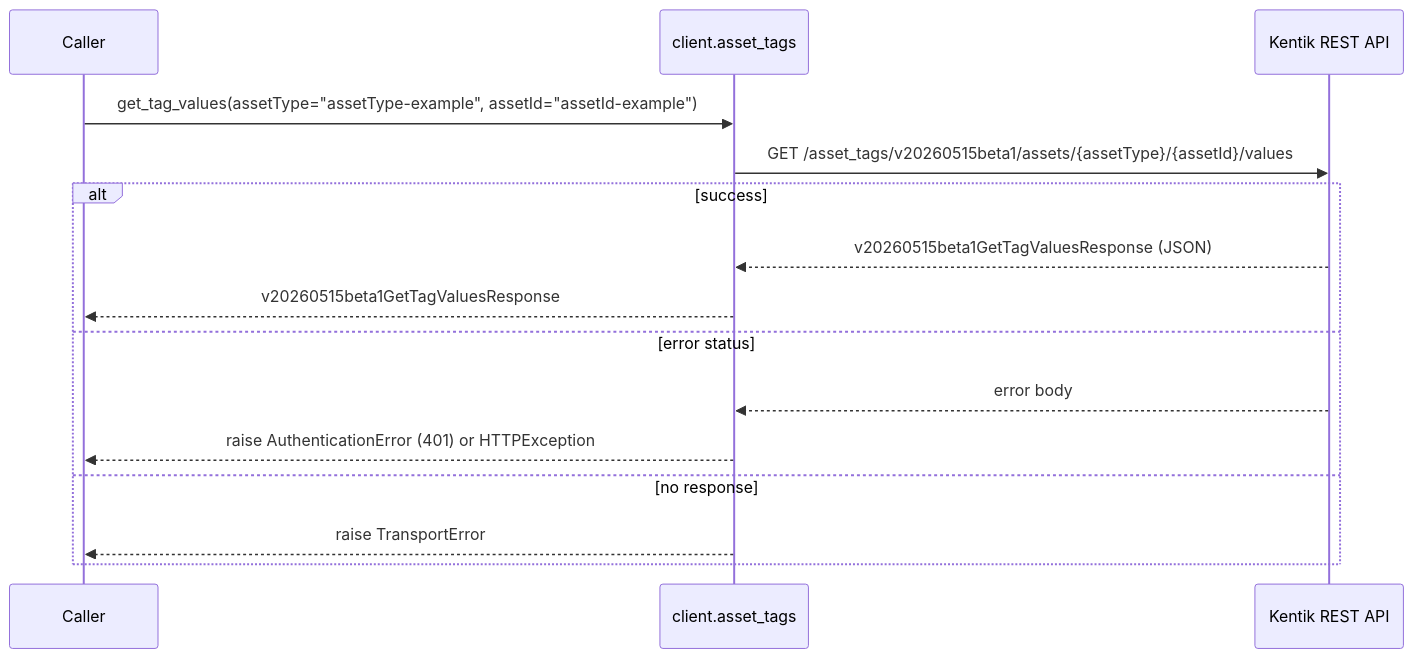
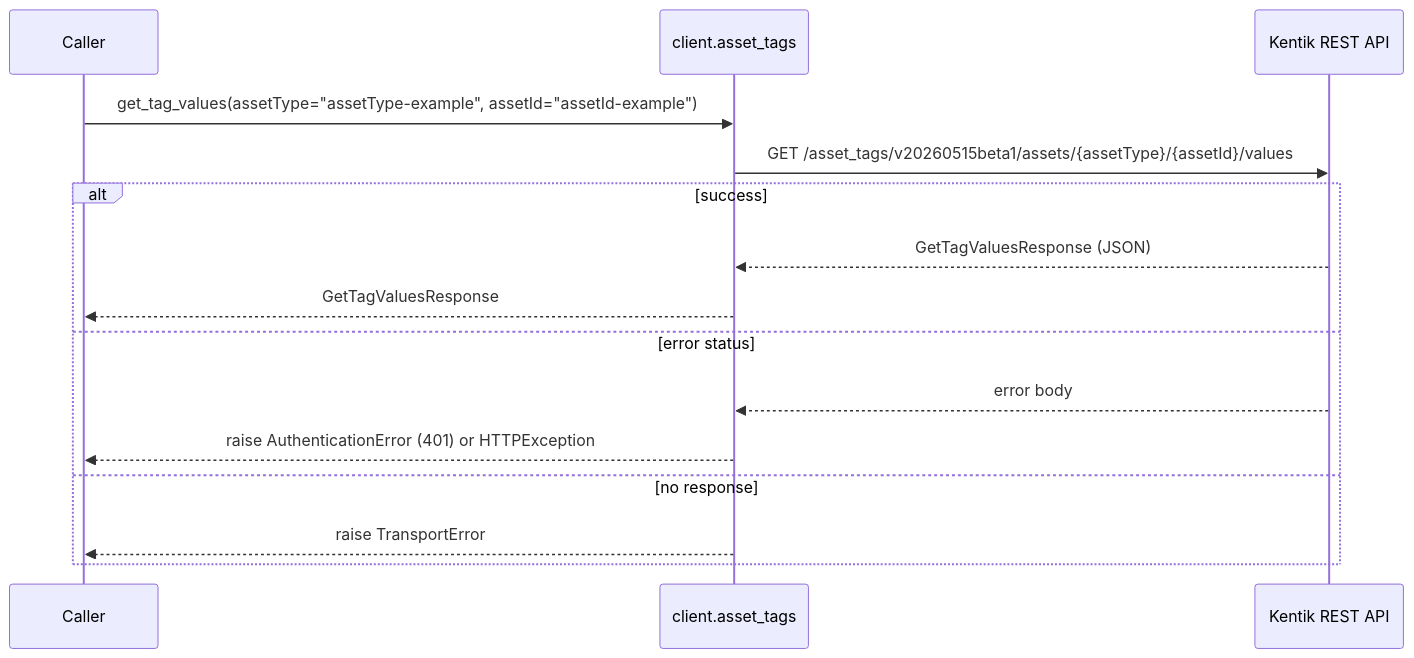
One commit to alexdearaujo/community_sdk_python changed the second of 20 diagrams in docs/sphinx/services/asset_tags.md. Above: the diagram before and after it, drawn with Mermaid. The commit also changed other lines of this file and 38 other files, not shown here.

````diff
--- a/docs/sphinx/services/asset_tags.md
+++ b/docs/sphinx/services/asset_tags.md
@@ -38,18 +38,18 @@
 ```mermaid
 sequenceDiagram
     participant C as Caller
     participant W as client.asset_tags
     participant API as Kentik REST API
 
     C->>W: get_tag_values(assetType="assetType-example", assetId="assetId-example")
     W->>API: GET /asset_tags/v20260515beta1/assets/{assetType}/{assetId}/values
     alt success
-        API-->>W: v20260515beta1GetTagValuesResponse (JSON)
-        W-->>C: v20260515beta1GetTagValuesResponse
+        API-->>W: GetTagValuesResponse (JSON)
+        W-->>C: GetTagValuesResponse
     else error status
         API-->>W: error body
         W-->>C: raise AuthenticationError (401) or HTTPException
     else no response
         W-->>C: raise TransportError
     end
 ```
````
